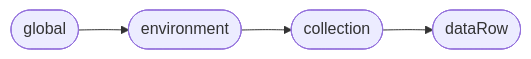
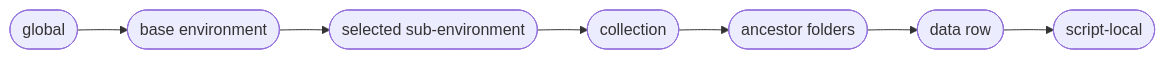
The second of 3 diagrams in openwiki/features/scripts-variables-storage.md (dipjyotimetia/restura), drawn with Mermaid before and after one commit. The commit also changed other lines of this file and 5 other files, not shown here.

````diff
--- a/openwiki/features/scripts-variables-storage.md
+++ b/openwiki/features/scripts-variables-storage.md
@@ -82,6 +82,9 @@
 ```mermaid
 flowchart LR
-    G([global]) --> ENV([environment])
-    ENV --> COLL([collection])
-    COLL --> DATA([dataRow])
+    G([global]) --> BASE([base environment])
+    BASE --> SUB([selected sub-environment])
+    SUB --> COLL([collection])
+    COLL --> FOLDER([ancestor folders])
+    FOLDER --> DATA([data row])
+    DATA --> SCRIPT([script-local])
 ```
````
